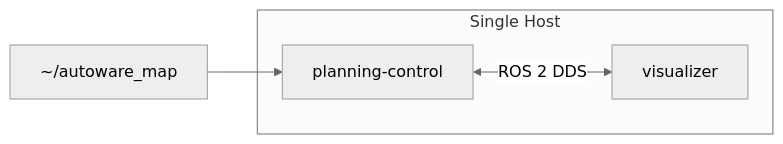
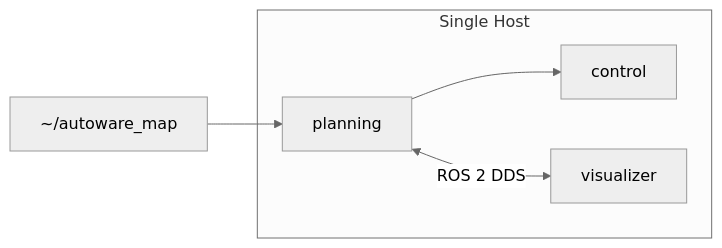
The diagram in docs/deployment/planning-simulation/index.md (autowarefoundation/openadkit), drawn with Mermaid (neutral theme) before and after one commit. The commit also changed 6 other files, not shown here.

First line of the commit message:
docs: fix arch diagrams, broken links, and missing flags across docs

````diff
--- a/docs/deployment/planning-simulation/index.md
+++ b/docs/deployment/planning-simulation/index.md
@@ -103,10 +103,12 @@
 ```mermaid
 graph LR
     subgraph Host["Single Host"]
-        PC[planning-control]
+        P[planning]
+        C[control]
         VIZ[visualizer]
     end
 
-    Map[~/autoware_map] --> PC
-    PC <-->|ROS 2 DDS| VIZ
+    Map[~/autoware_map] --> P
+    P --> C
+    P <-->|ROS 2 DDS| VIZ
 ```
````
